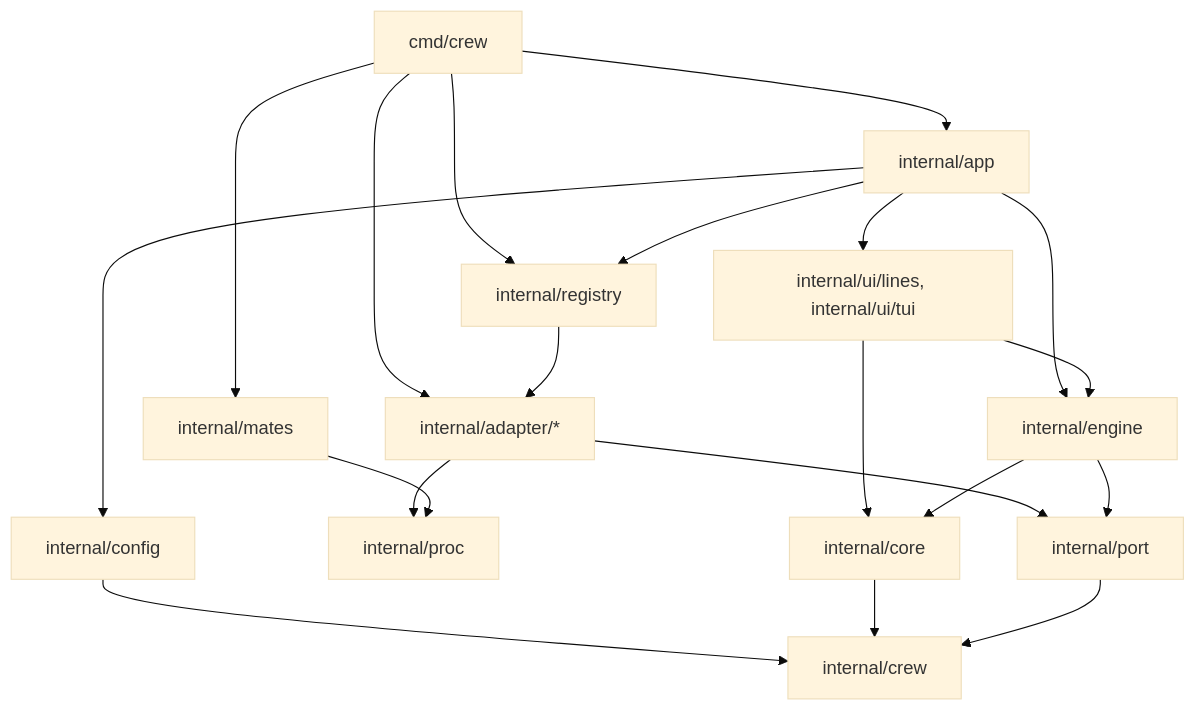
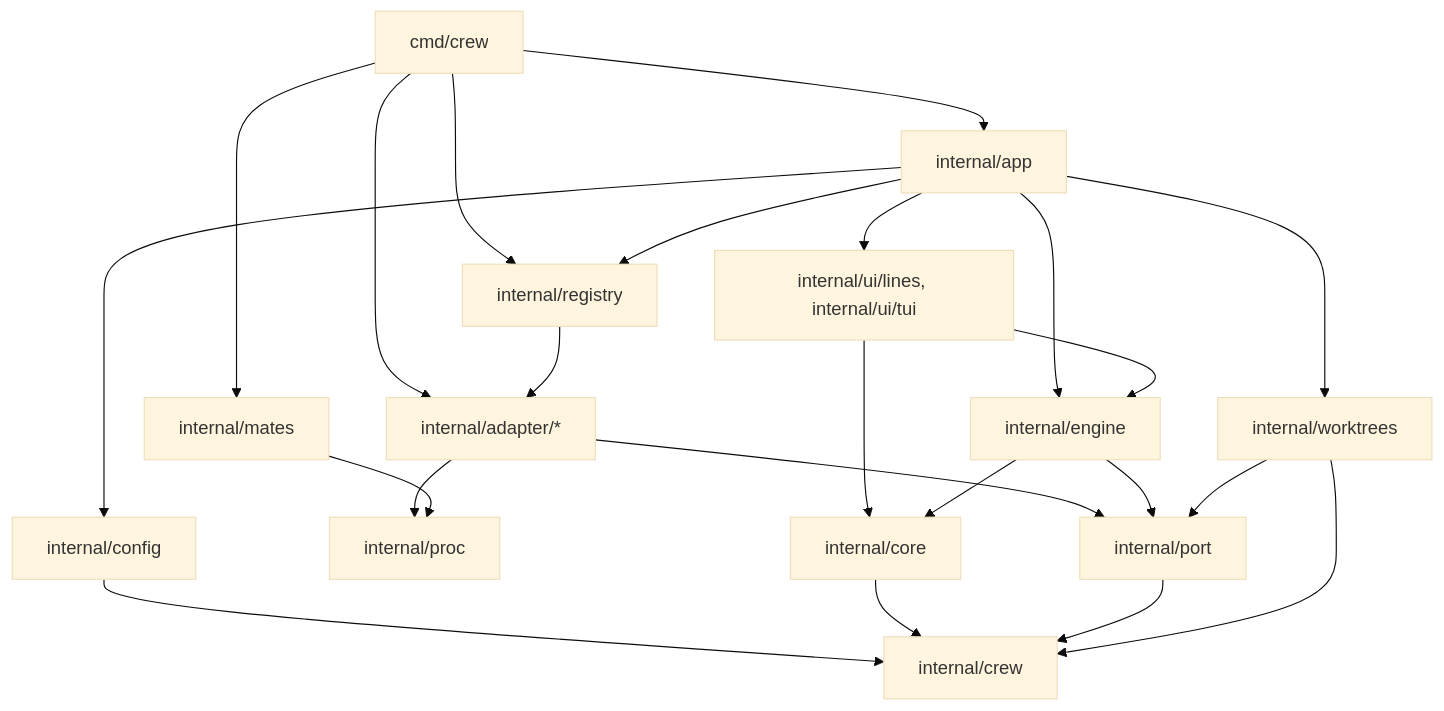
Before and after one commit to thatsnotmynameio/crew: the first of 3 diagrams in docs/develop/architecture.mdx, drawn with Mermaid (base theme). The commit also changed other lines of this file and 4 other files, not shown here.

First line of the commit message:
docs: document crew worktrees clean

````diff
--- a/docs/develop/architecture.mdx
+++ b/docs/develop/architecture.mdx
@@ -43,22 +44,25 @@
 ```mermaid
 flowchart TB
   MAIN["cmd/crew"] --> APP["internal/app"]
   MAIN --> REG["internal/registry"]
   MAIN --> AD
   APP --> REG
   APP --> CFG["internal/config"]
   APP --> ENG["internal/engine"]
   APP --> UI["internal/ui/lines, internal/ui/tui"]
   REG --> AD["internal/adapter/*"]
   AD --> PROC["internal/proc"]
   AD --> PORT["internal/port"]
   UI --> ENG
   UI --> CORE["internal/core"]
   ENG --> CORE
   ENG --> PORT
   CFG --> CREW["internal/crew"]
   CORE --> CREW
   PORT --> CREW
   MAIN --> MATES["internal/mates"]
   MATES --> PROC
+  APP --> WT["internal/worktrees"]
+  WT --> PORT
+  WT --> CREW
 ```
````
